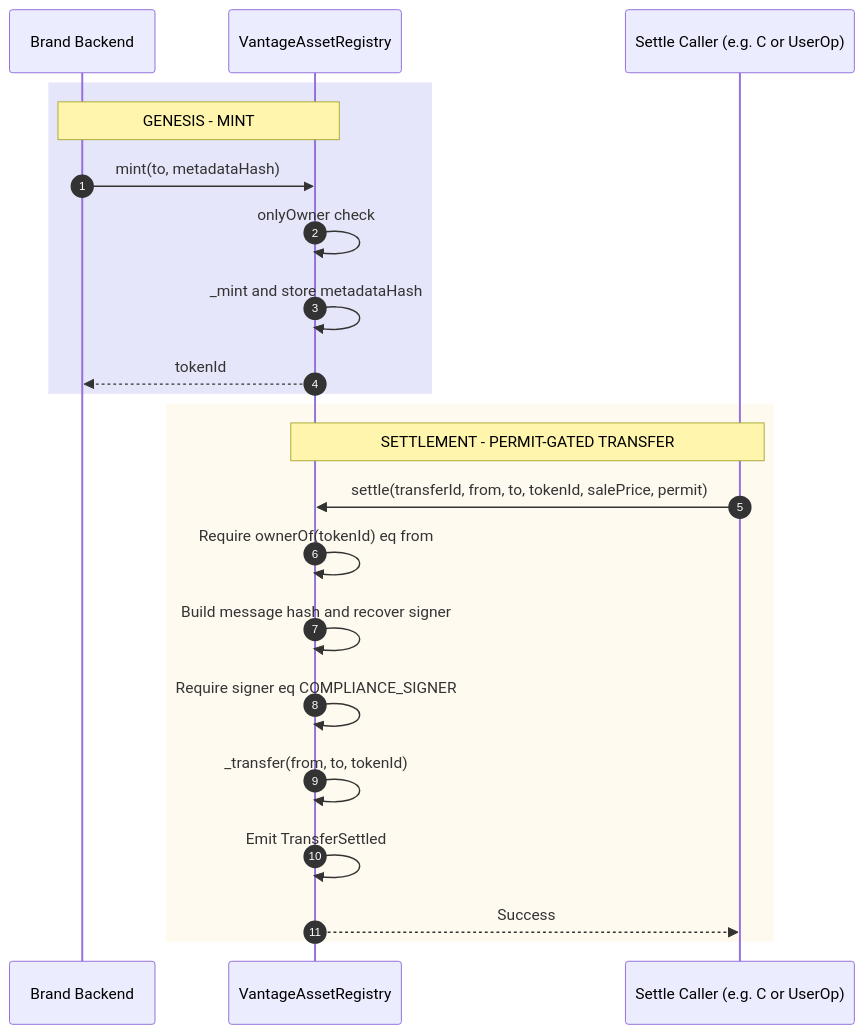
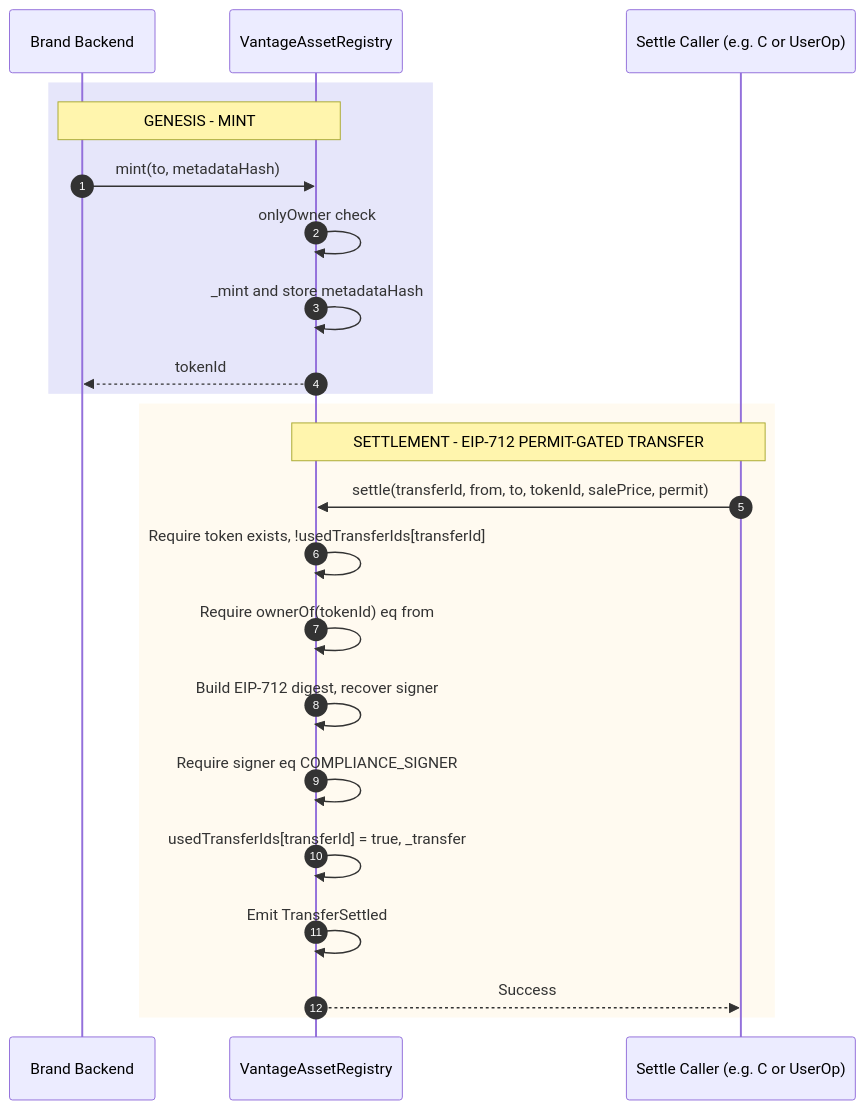
Before and after one commit to ChangoBuitrago/vantage-mvp: the diagram in docs/vantage-module-c-chain.md, drawn with Mermaid. The commit also changed other lines of this file and 4 other files, not shown here.

````diff
--- a/docs/vantage-module-c-chain.md
+++ b/docs/vantage-module-c-chain.md
@@ -22,26 +21,27 @@
 ```mermaid
 sequenceDiagram
     autonumber
     participant Brand as Brand Backend
     participant Contract as VantageAssetRegistry
     participant Caller as Settle Caller (e.g. C or UserOp)
 
     rect rgb(230, 230, 250)
         Note over Brand, Contract: GENESIS - MINT
         Brand->>Contract: mint(to, metadataHash)
         Contract->>Contract: onlyOwner check
         Contract->>Contract: _mint and store metadataHash
         Contract-->>Brand: tokenId
     end
 
     rect rgb(255, 250, 240)
-        Note over Caller, Contract: SETTLEMENT - PERMIT-GATED TRANSFER
+        Note over Caller, Contract: SETTLEMENT - EIP-712 PERMIT-GATED TRANSFER
         Caller->>Contract: settle(transferId, from, to, tokenId, salePrice, permit)
+        Contract->>Contract: Require token exists, !usedTransferIds[transferId]
         Contract->>Contract: Require ownerOf(tokenId) eq from
-        Contract->>Contract: Build message hash and recover signer
+        Contract->>Contract: Build EIP-712 digest, recover signer
         Contract->>Contract: Require signer eq COMPLIANCE_SIGNER
-        Contract->>Contract: _transfer(from, to, tokenId)
+        Contract->>Contract: usedTransferIds[transferId] = true, _transfer
         Contract->>Contract: Emit TransferSettled
         Contract-->>Caller: Success
     end
 ```
````
